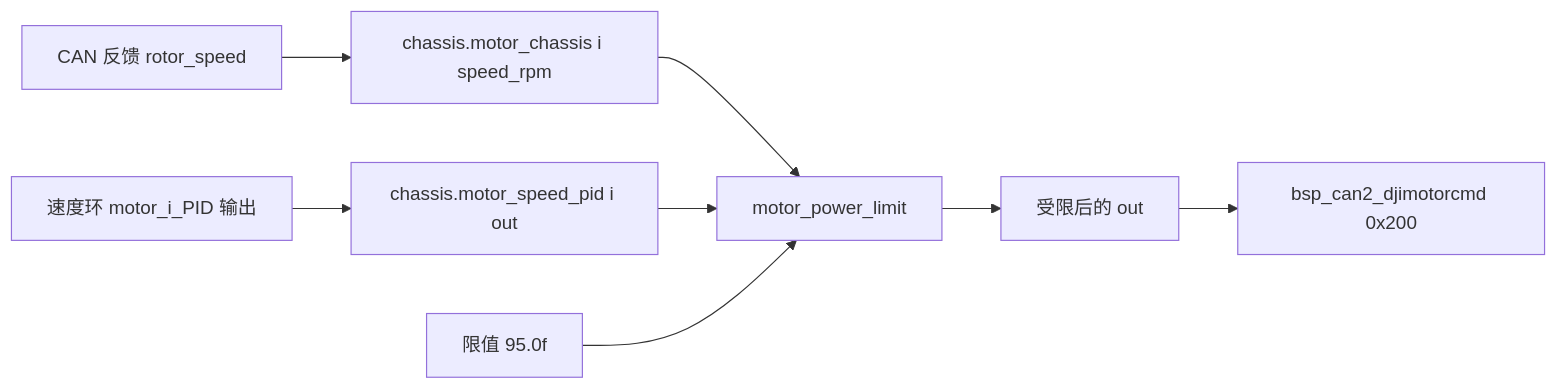
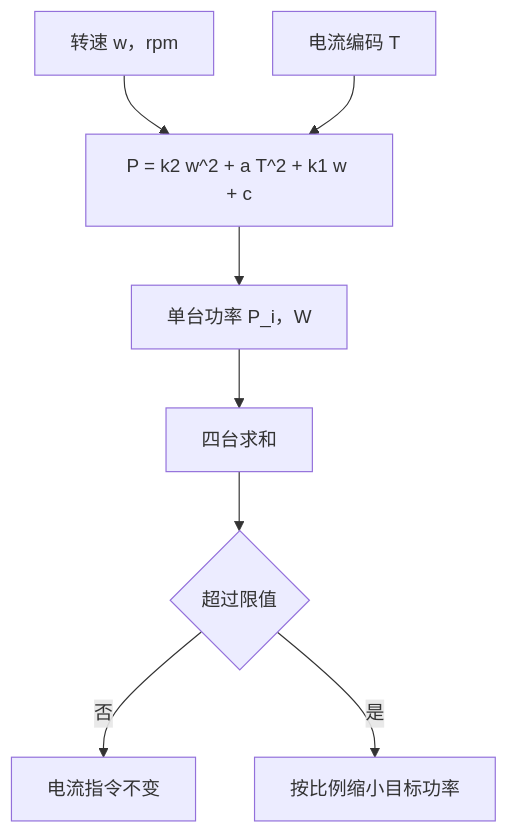
The second of 2 diagrams in docs/03-CAN 与电机/06-功率控制/01-功率模型.md (TC635807/TC63PersonalWebsite), drawn with Mermaid before and after one commit. The commit also changed other lines of this file and 728 other files, not shown here.

````diff
--- a/docs/03-CAN 与电机/06-功率控制/01-功率模型.md
+++ b/docs/03-CAN 与电机/06-功率控制/01-功率模型.md
@@ -114,10 +105,10 @@
 ```mermaid
-flowchart LR
-  R["CAN 反馈 rotor_speed"] --> S["chassis.motor_chassis i speed_rpm"]
-  P["速度环 motor_i_PID 输出"] --> O["chassis.motor_speed_pid i out"]
-  S --> M["motor_power_limit"]
-  O --> M
-  L["限值 95.0f"] --> M
-  M --> N["受限后的 out"]
-  N --> C["bsp_can2_djimotorcmd 0x200"]
+flowchart TD
+  W["转速 w，rpm"] --> M["P = k2 w^2 + a T^2 + k1 w + c"]
+  T["电流编码 T"] --> M
+  M --> P["单台功率 P_i，W"]
+  P --> SUM["四台求和"]
+  SUM --> CMP{"超过限值"}
+  CMP -- "否" --> KEEP["电流指令不变"]
+  CMP -- "是" --> LIM["按比例缩小目标功率"]
 ```
````
